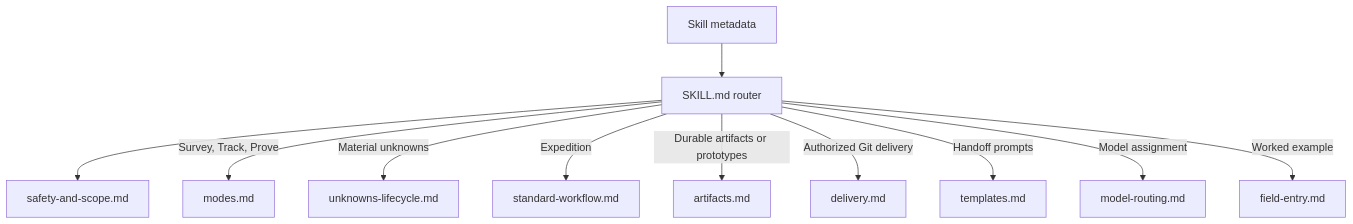
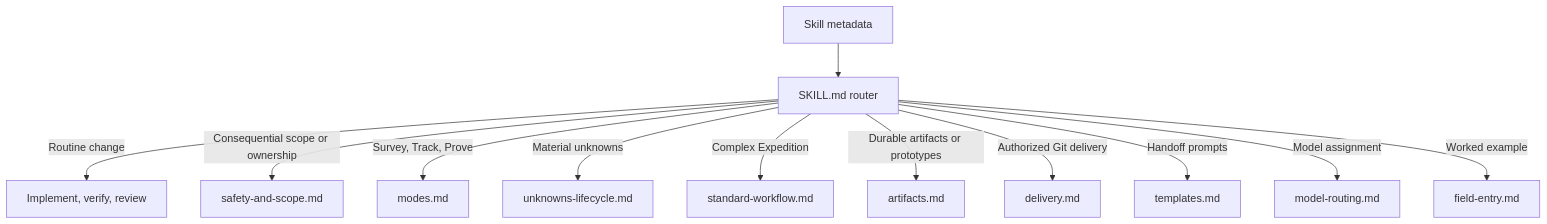
The third of 3 diagrams in README.md (abdul-shaikh-dev/code-territory-guide), drawn with Mermaid before and after one commit. The commit also changed other lines of this file and 103 other files, not shown here.

````diff
--- a/README.md
+++ b/README.md
@@ -104,13 +104,14 @@
 ```mermaid
 flowchart TD
     M[Skill metadata] --> K[SKILL.md router]
-    K --> C[safety-and-scope.md]
+    K -->|Routine change| Q[Implement, verify, review]
+    K -->|Consequential scope or ownership| C[safety-and-scope.md]
     K -->|Survey, Track, Prove| O[modes.md]
     K -->|Material unknowns| U[unknowns-lifecycle.md]
-    K -->|Expedition| W[standard-workflow.md]
+    K -->|Complex Expedition| W[standard-workflow.md]
     K -->|Durable artifacts or prototypes| A[artifacts.md]
     K -->|Authorized Git delivery| D[delivery.md]
     K -->|Handoff prompts| T[templates.md]
     K -->|Model assignment| R[model-routing.md]
     K -->|Worked example| F[field-entry.md]
 ```
````
